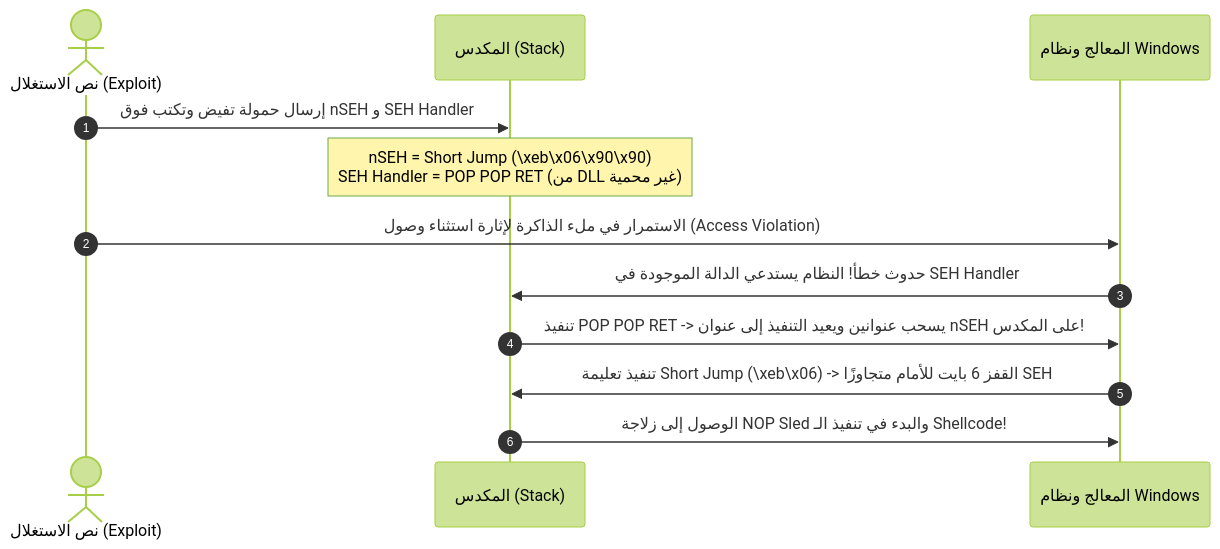
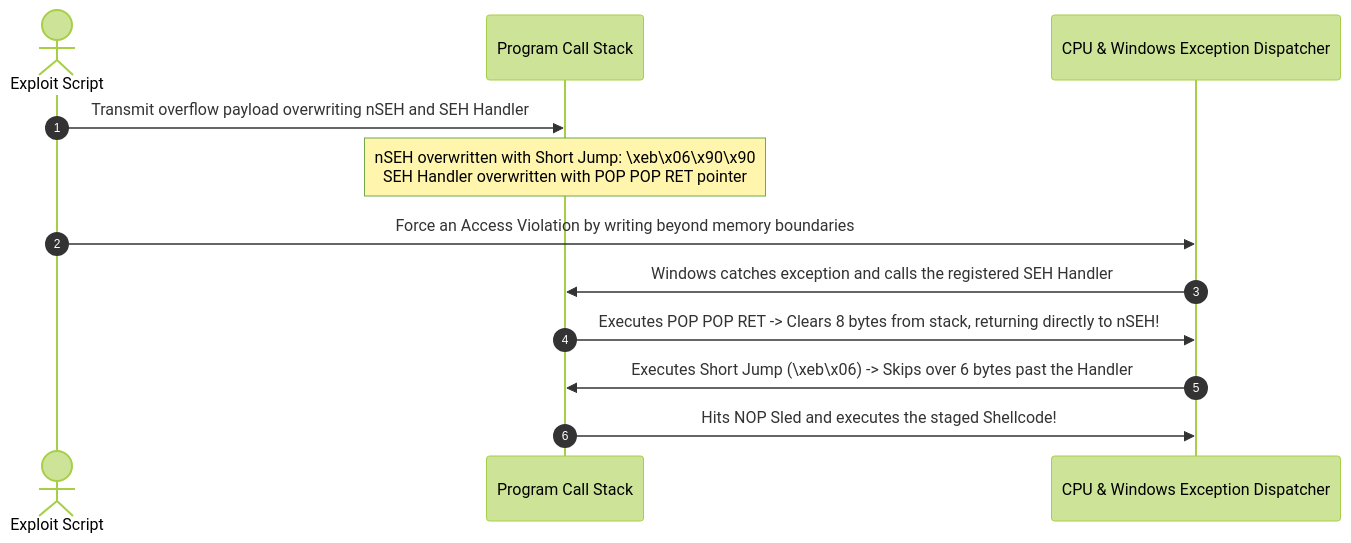
One commit to 3bdo-fathi/3bdo-fathi.github.io changed the second of 2 diagrams in _posts/2026-11-12-ecppt-v3-part-2-exploit-development-buffer-overflows.md. Above: the diagram before and after it, drawn with Mermaid (forest theme). The commit also changed other lines of this file and 11 other files, not shown here.

````diff
--- a/_posts/2026-11-12-ecppt-v3-part-2-exploit-development-buffer-overflows.md
+++ b/_posts/2026-11-12-ecppt-v3-part-2-exploit-development-buffer-overflows.md
@@ -232,15 +247,15 @@
 ```mermaid
 sequenceDiagram
     autonumber
-    actor Attacker as نص الاستغلال (Exploit)
-    participant Stack as المكدس (Stack)
-    participant CPU as المعالج ونظام Windows
+    actor Exploit as Exploit Script
+    participant Stack as Program Call Stack
+    participant CPU as CPU & Windows Exception Dispatcher
     
-    Attacker->>Stack: إرسال حمولة تفيض وتكتب فوق nSEH و SEH Handler
-    Note over Stack: nSEH = Short Jump (\xeb\x06\x90\x90)<br/>SEH Handler = POP POP RET (من DLL غير محمية)
-    Attacker->>CPU: الاستمرار في ملء الذاكرة لإثارة استثناء وصول (Access Violation)
-    CPU->>Stack: حدوث خطأ! النظام يستدعي الدالة الموجودة في SEH Handler
-    Stack->>CPU: تنفيذ POP POP RET -> يسحب عنوانين ويعيد التنفيذ إلى عنوان nSEH على المكدس!
-    CPU->>Stack: تنفيذ تعليمة Short Jump (\xeb\x06) -> القفز 6 بايت للأمام متجاوزًا SEH
-    Stack->>CPU: الوصول إلى زلاجة NOP Sled والبدء في تنفيذ الـ Shellcode!
+    Exploit->>Stack: Transmit overflow payload overwriting nSEH and SEH Handler
+    Note over Stack: nSEH overwritten with Short Jump: \xeb\x06\x90\x90<br/>SEH Handler overwritten with POP POP RET pointer
+    Exploit->>CPU: Force an Access Violation by writing beyond memory boundaries
+    CPU->>Stack: Windows catches exception and calls the registered SEH Handler
+    Stack->>CPU: Executes POP POP RET -> Clears 8 bytes from stack, returning directly to nSEH!
+    CPU->>Stack: Executes Short Jump (\xeb\x06) -> Skips over 6 bytes past the Handler
+    Stack->>CPU: Hits NOP Sled and executes the staged Shellcode!
 ```
````
